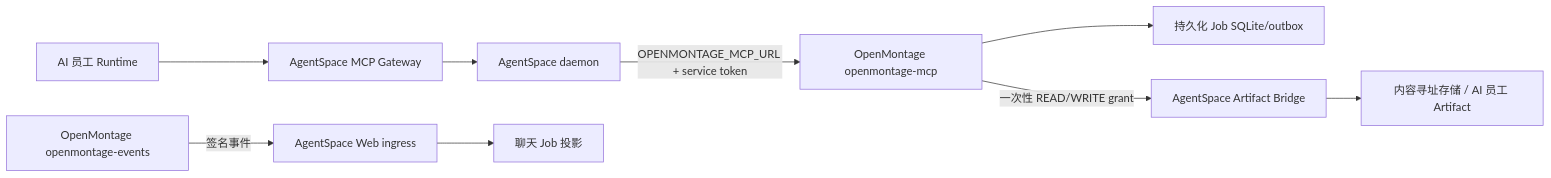
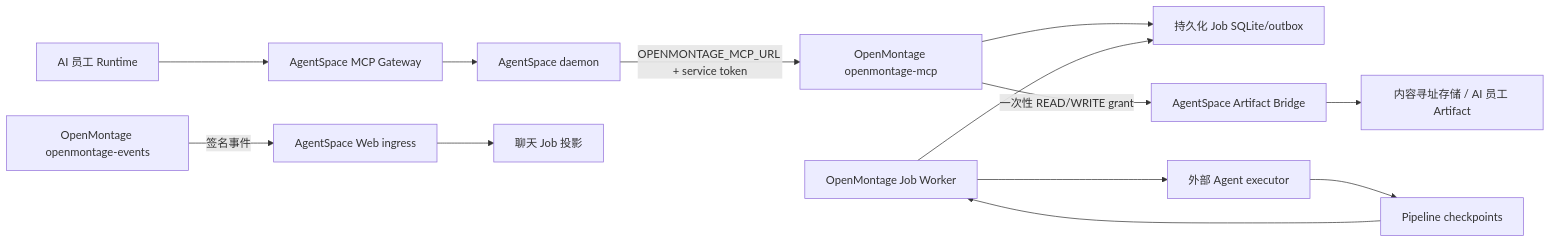
Before and after one commit to iTechwu/AgentSpace: the diagram in docs/0805/montage/06-实施状态与部署联调.md, drawn with Mermaid. The commit also changed other lines of this file and 1 other file, not shown here.

Commit message:
docs: 更新OpenMontage Worker实施状态

````diff
--- a/docs/0805/montage/06-实施状态与部署联调.md
+++ b/docs/0805/montage/06-实施状态与部署联调.md
@@ -48,11 +52,15 @@
 ```mermaid
 flowchart LR
     Runtime["AI 员工 Runtime"] --> Gateway["AgentSpace MCP Gateway"]
     Gateway --> Daemon["AgentSpace daemon"]
     Daemon -->|"OPENMONTAGE_MCP_URL + service token"| MCP["OpenMontage openmontage-mcp"]
     MCP --> DB["持久化 Job SQLite/outbox"]
+    Worker["OpenMontage Job Worker"] --> DB
+    Worker --> Executor["外部 Agent executor"]
+    Executor --> Checkpoint["Pipeline checkpoints"]
+    Checkpoint --> Worker
     Publisher["OpenMontage openmontage-events"] -->|"签名事件"| Web["AgentSpace Web ingress"]
     MCP -->|"一次性 READ/WRITE grant"| Artifact["AgentSpace Artifact Bridge"]
     Artifact --> Storage["内容寻址存储 / AI 员工 Artifact"]
     Web --> Chat["聊天 Job 投影"]
 ```
````
